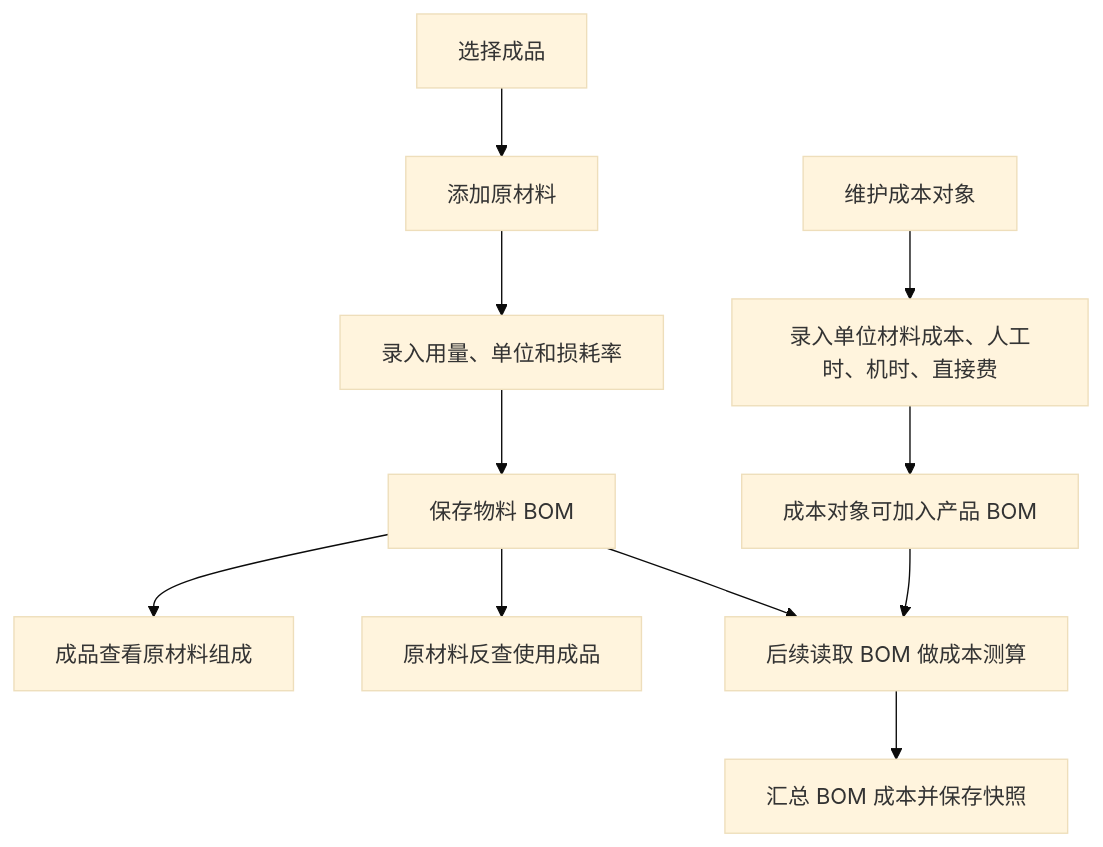
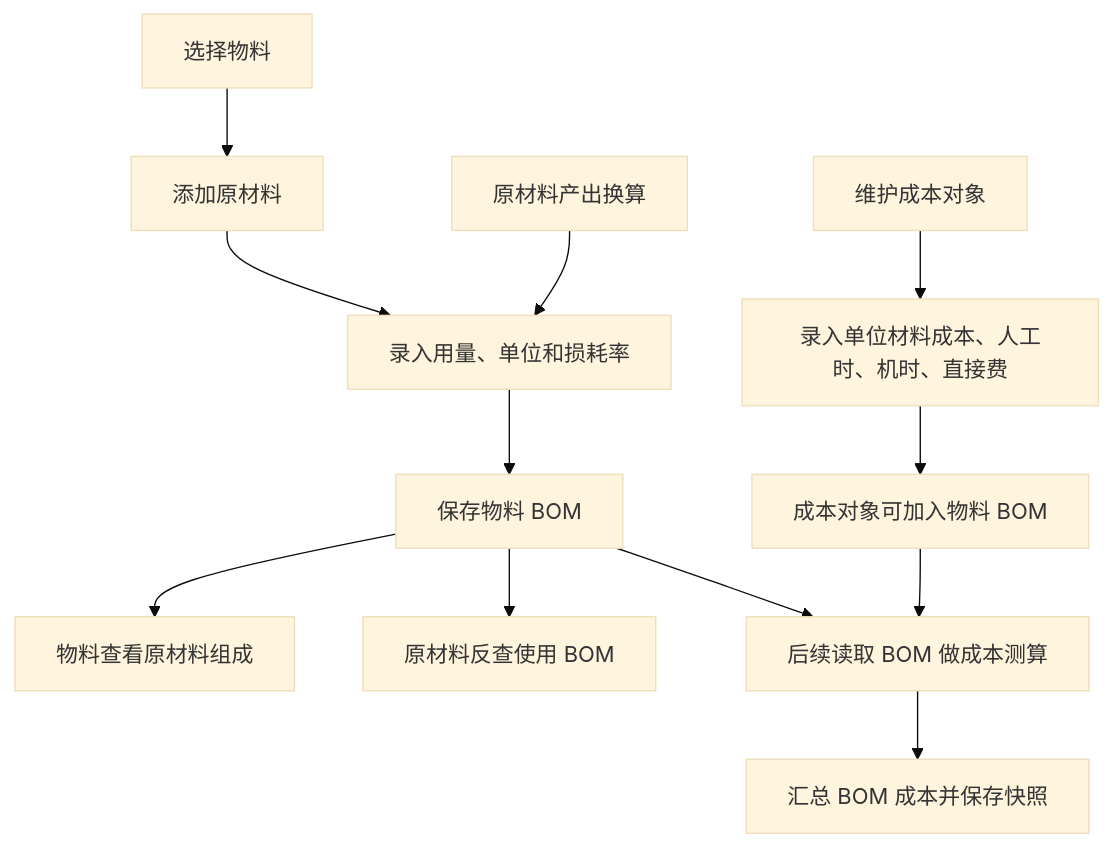
Before and after one commit to goldf2/mes-lite: the seventh of 11 diagrams in docs/minierp/system-function-flow.md, drawn with Mermaid (base theme). The commit also changed other lines of this file and 40 other files, not shown here.

````diff
--- a/docs/minierp/system-function-flow.md
+++ b/docs/minierp/system-function-flow.md
@@ -215,13 +215,14 @@
 ```mermaid
 flowchart TD
-  A["选择成品"] --> B["添加原材料"]
+  A["选择物料"] --> B["添加原材料"]
   B --> C["录入用量、单位和损耗率"]
+  L["原材料产出换算"] --> C
   C --> D["保存物料 BOM"]
-  D --> E["成品查看原材料组成"]
-  D --> F["原材料反查使用成品"]
+  D --> E["物料查看原材料组成"]
+  D --> F["原材料反查使用 BOM"]
   D --> G["后续读取 BOM 做成本测算"]
   H["维护成本对象"] --> I["录入单位材料成本、人工时、机时、直接费"]
-  I --> J["成本对象可加入产品 BOM"]
+  I --> J["成本对象可加入物料 BOM"]
   J --> G
   G --> K["汇总 BOM 成本并保存快照"]
 ```
````
